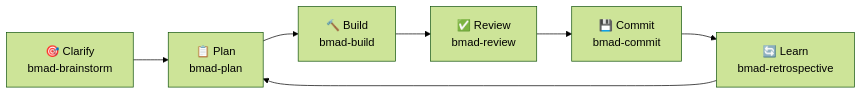
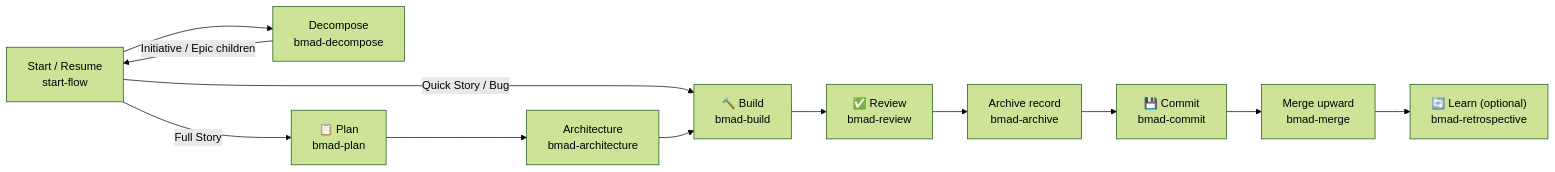
The second of 2 diagrams in .github/copilot-instructions.md (KriSWhitch/PokemonRedRL), drawn with Mermaid (forest theme) before and after one commit. The commit also changed other lines of this file and 62 other files, not shown here.

````diff
--- a/.github/copilot-instructions.md
+++ b/.github/copilot-instructions.md
@@ -115,9 +127,14 @@
 ```mermaid
 flowchart LR
-    C["🎯 Clarify<br/>bmad-brainstorm"] --> P["📋 Plan<br/>bmad-plan"]
-    P --> B["🔨 Build<br/>bmad-build"]
+    S["Start / Resume<br/>start-flow"] --> D["Decompose<br/>bmad-decompose"]
+    D -->|"Initiative / Epic children"| S
+    S -->|"Quick Story / Bug"| B["🔨 Build<br/>bmad-build"]
+    S -->|"Full Story"| P["📋 Plan<br/>bmad-plan"]
+    P --> A["Architecture<br/>bmad-architecture"]
+    A --> B
     B --> R["✅ Review<br/>bmad-review"]
-    R --> M["💾 Commit<br/>bmad-commit"]
-    M --> L["🔄 Learn<br/>bmad-retrospective"]
-    L --> P
+    R --> AR["Archive record<br/>bmad-archive"]
+    AR --> M["💾 Commit<br/>bmad-commit"]
+    M --> G["Merge upward<br/>bmad-merge"]
+    G --> L["🔄 Learn (optional)<br/>bmad-retrospective"]
 ```
````
